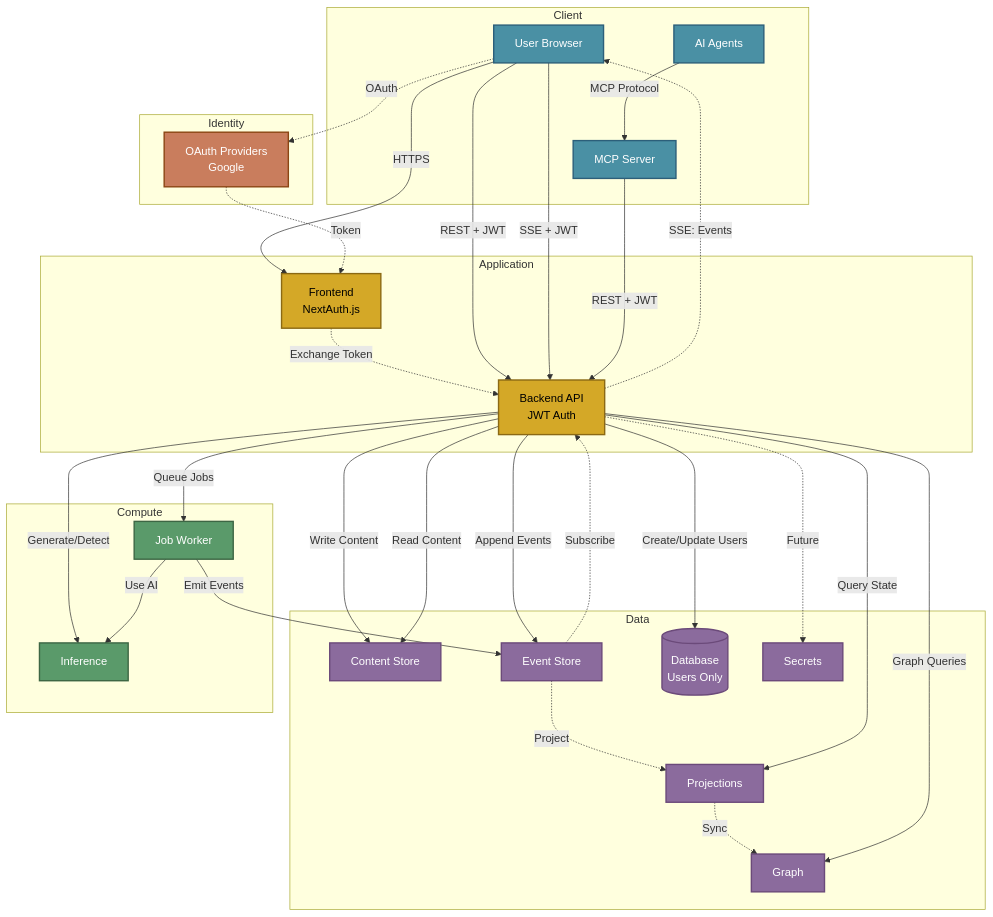
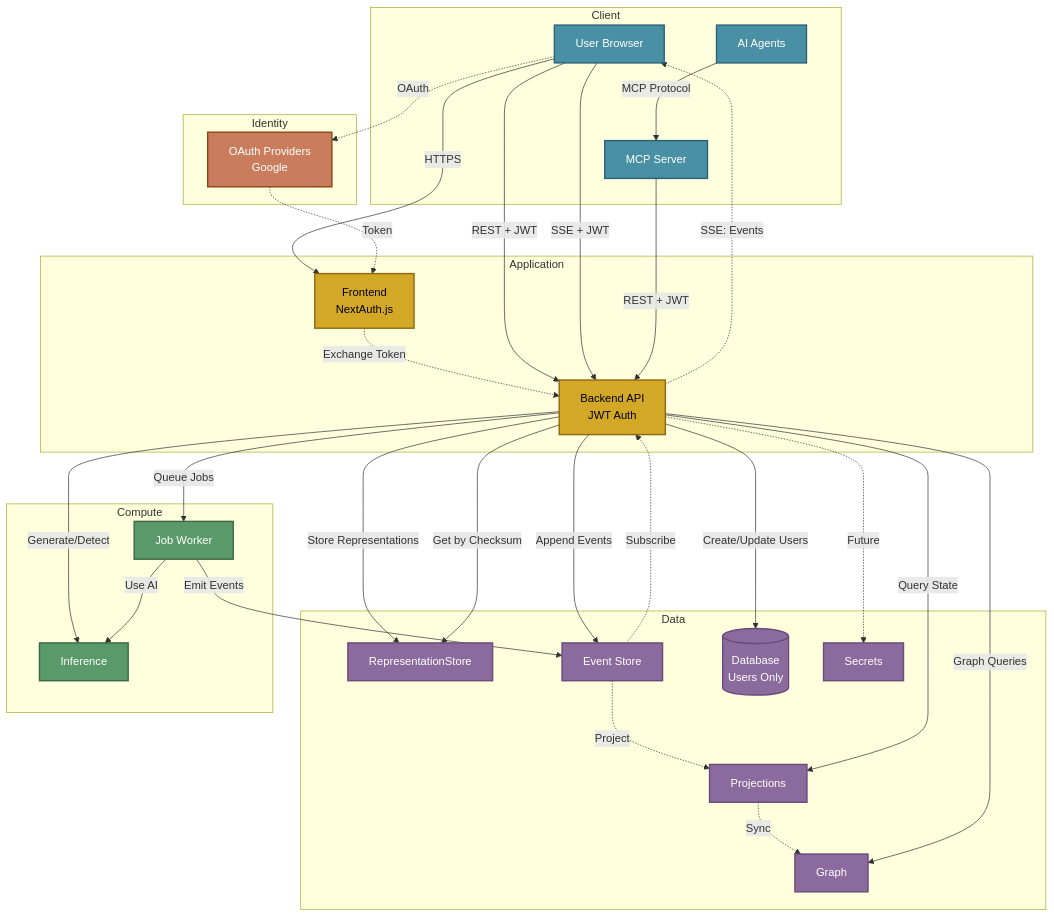
The diagram in docs/ARCHITECTURE.md (The-AI-Alliance/semiont), drawn with Mermaid before and after one commit. The commit also changed other lines of this file and 226 other files, not shown here.

````diff
--- a/docs/ARCHITECTURE.md
+++ b/docs/ARCHITECTURE.md
@@ -38,7 +38,7 @@
     end
 
     subgraph "Data"
-        CONTENT[Content Store]
+        REP[RepresentationStore]
         EVENTS[Event Store]
         PROJ[Projections]
         GRAPH[Graph]
@@ -66,7 +66,7 @@
     MCP -->|REST + JWT| BE
 
     %% Backend to data (write path)
-    BE -->|Write Content| CONTENT
+    BE -->|Store Representations| REP
     BE -->|Append Events| EVENTS
     BE -->|Create/Update Users| DB
     BE -.->|Future| SEC
@@ -76,7 +76,7 @@
     PROJ -.->|Sync| GRAPH
 
     %% Backend reads
-    BE -->|Read Content| CONTENT
+    BE -->|Get by Checksum| REP
     BE -->|Query State| PROJ
     BE -->|Graph Queries| GRAPH
 
@@ -100,6 +100,6 @@
     class USER,AI,MCP client
     class OAUTH identity
     class FE,BE app
-    class CONTENT,EVENTS,PROJ,GRAPH,DB,SEC data
+    class REP,EVENTS,PROJ,GRAPH,DB,SEC data
     class INF,JW compute
 ```
````
